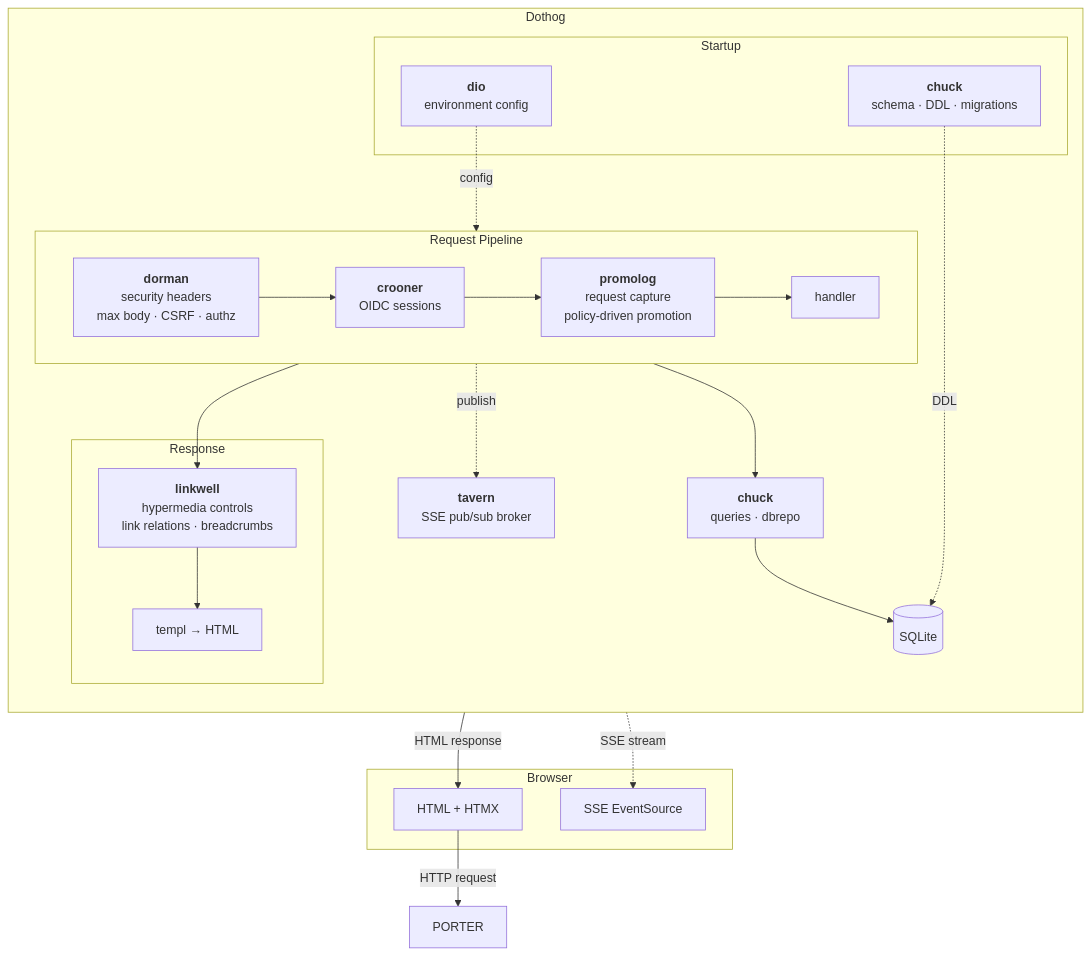
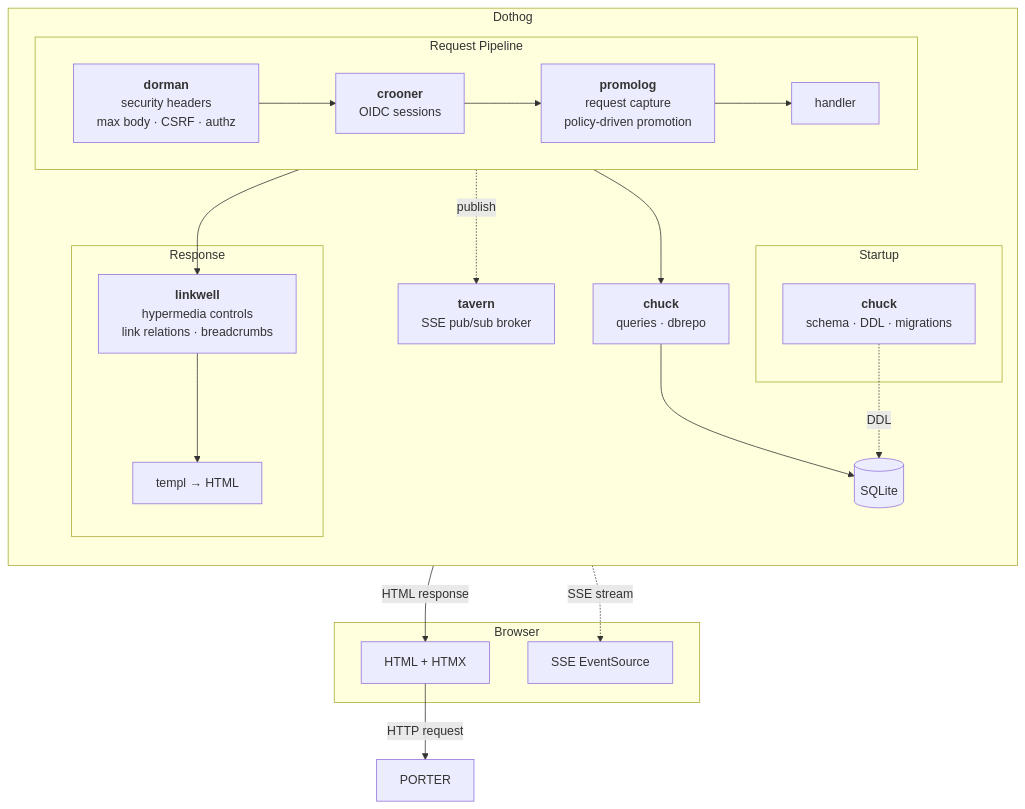
Before and after one commit to catgoose/go-htmx-demo: the diagram in README.md, drawn with Mermaid. The commit also changed other lines of this file, not shown here.

First line of the commit message:
docs: scrub dio from architecture diagrams (#712)

````diff
--- a/README.md
+++ b/README.md
@@ -96,43 +96,41 @@
 ```mermaid
 graph TB
     subgraph browser ["Browser"]
         HTML["HTML + HTMX"]
         SSE["SSE EventSource"]
     end
 
     subgraph dothog ["Dothog"]
         direction TB
 
         subgraph startup ["Startup"]
-            DIO["<b>dio</b><br/>environment config"]
             CHUCK_DDL["<b>chuck</b><br/>schema · DDL · migrations"]
         end
 
         subgraph pipeline ["Request Pipeline"]
             direction LR
             DORMAN["<b>dorman</b><br/>security headers<br/>max body · CSRF · authz"]
             CROONER["<b>crooner</b><br/>OIDC sessions"]
             PROMOLOG["<b>promolog</b><br/>request capture<br/>policy-driven promotion"]
             HANDLER["handler"]
             DORMAN --> CROONER --> PROMOLOG --> HANDLER
         end
 
         subgraph response ["Response"]
             LINKWELL["<b>linkwell</b><br/>hypermedia controls<br/>link relations · breadcrumbs"]
             TEMPL["templ → HTML"]
         end
 
         TAVERN["<b>tavern</b><br/>SSE pub/sub broker"]
         CHUCK_Q["<b>chuck</b><br/>queries · dbrepo"]
         SQLITE[("SQLite")]
     end
 
     HTML -- "HTTP request" --> PORTER
     HANDLER --> CHUCK_Q --> SQLITE
     HANDLER --> LINKWELL --> TEMPL
     TEMPL -- "HTML response" --> HTML
     HANDLER -. "publish" .-> TAVERN
     TAVERN -. "SSE stream" .-> SSE
-    DIO -. "config" .-> pipeline
     CHUCK_DDL -. "DDL" .-> SQLITE
 ```
````
